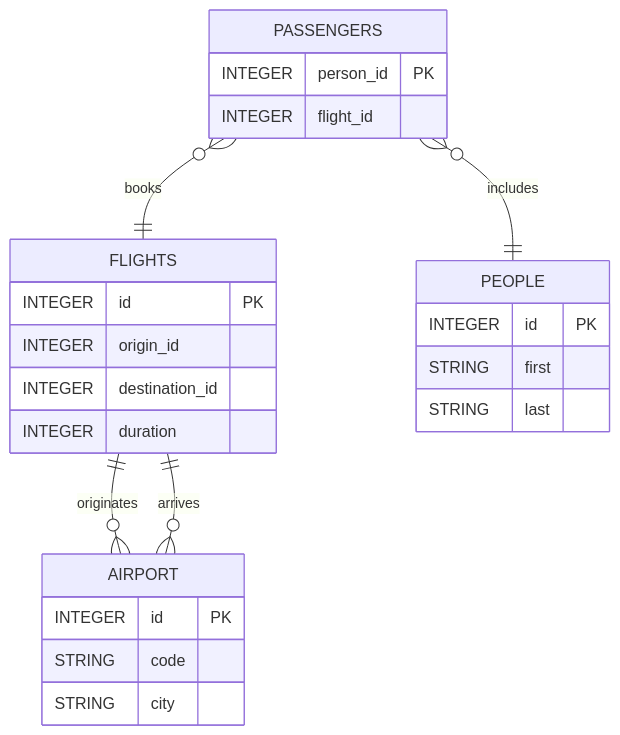
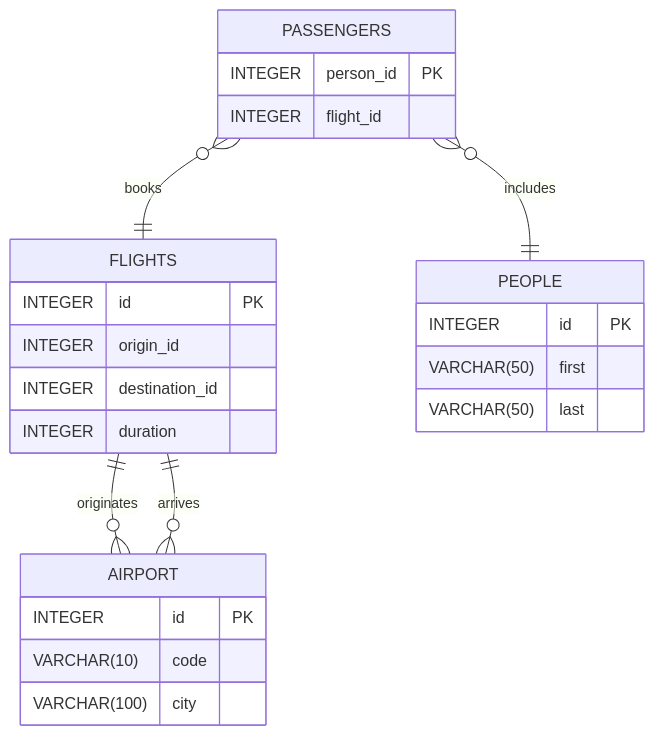
Before and after one commit to jluk39/MermaidDER: the diagram in README.md, drawn with Mermaid. The commit also changed other lines of this file, not shown here.

````diff
--- a/README.md
+++ b/README.md
@@ -5,32 +5,33 @@
 ```mermaid
 erDiagram
     FLIGHTS {
         INTEGER id PK
         INTEGER origin_id
         INTEGER destination_id
         INTEGER duration
     }
     
     AIRPORT {
         INTEGER id PK
-        STRING code
-        STRING city
+        VARCHAR(10) code
+        VARCHAR(100) city
     }
     
     PASSENGERS {
         INTEGER person_id PK
         INTEGER flight_id
     }
     
     PEOPLE {
         INTEGER id PK
-        STRING first
-        STRING last
+        VARCHAR(50) first
+        VARCHAR(50) last
     }
 
     FLIGHTS ||--o{ AIRPORT : "originates"
     FLIGHTS ||--o{ AIRPORT : "arrives"
     PASSENGERS }o--|| PEOPLE : "includes"
     PASSENGERS }o--|| FLIGHTS : "books"
 
+
 ```
````
